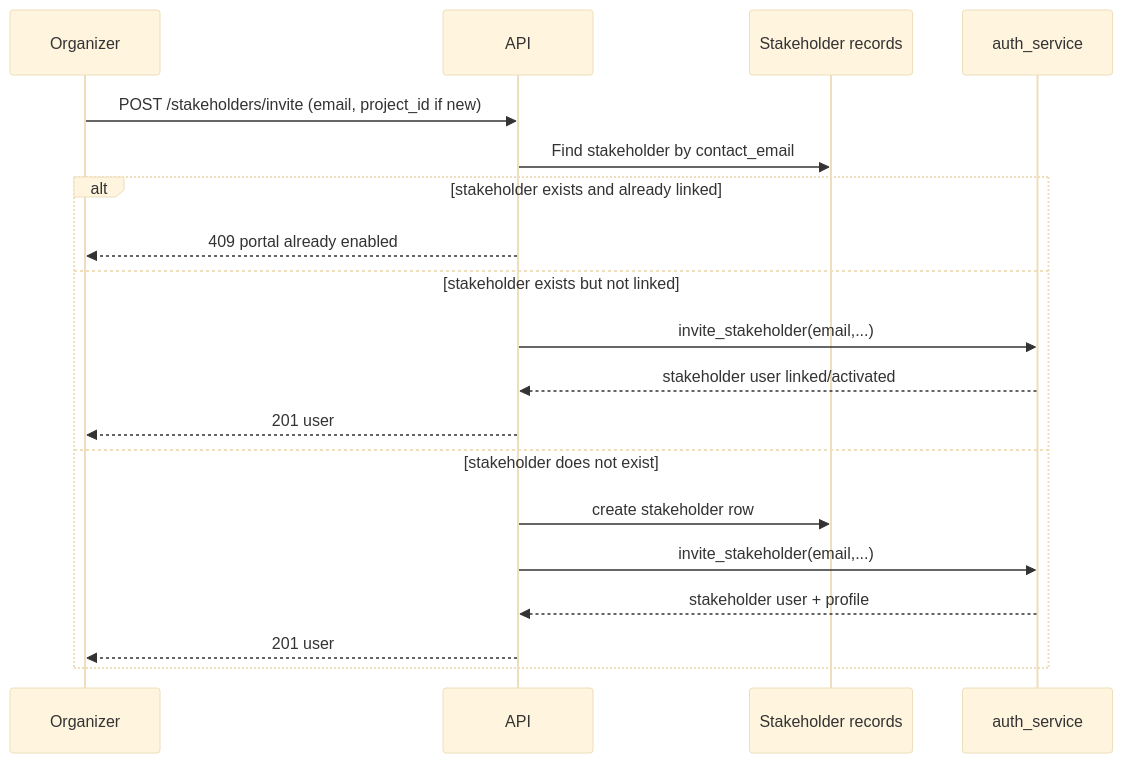
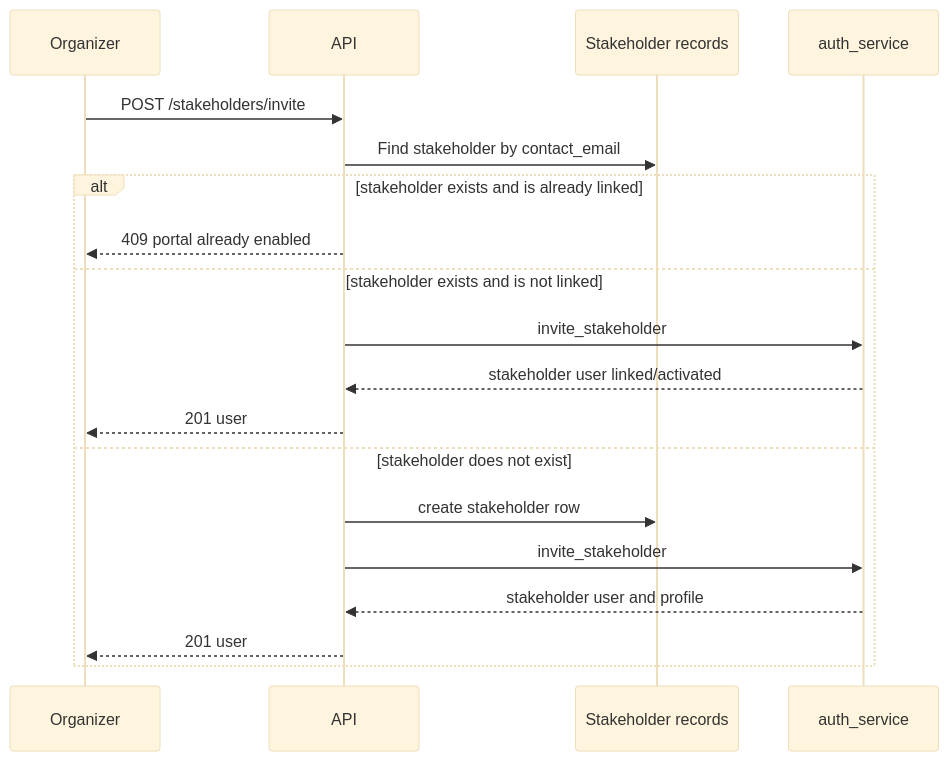
The sixth of 9 diagrams in API_WORKFLOWS.md (BradyTun/Let-s-Tech-Project-Planning-App), drawn with Mermaid (base theme) before and after one commit. The commit also changed other lines of this file and 2 other files, not shown here.

Commit message:
refactor(api): rename project endpoints to epic endpoints

````diff
--- a/API_WORKFLOWS.md
+++ b/API_WORKFLOWS.md
@@ -155,22 +155,22 @@
 ```mermaid
 sequenceDiagram
     participant O as Organizer
     participant API as API
     participant DB as Stakeholder records
     participant AUTH as auth_service
 
-    O->>API: POST /stakeholders/invite (email, project_id if new)
+    O->>API: POST /stakeholders/invite
     API->>DB: Find stakeholder by contact_email
-    alt stakeholder exists and already linked
+    alt stakeholder exists and is already linked
         API-->>O: 409 portal already enabled
-    else stakeholder exists but not linked
-        API->>AUTH: invite_stakeholder(email,...)
+    else stakeholder exists and is not linked
+        API->>AUTH: invite_stakeholder
         AUTH-->>API: stakeholder user linked/activated
         API-->>O: 201 user
     else stakeholder does not exist
         API->>DB: create stakeholder row
-        API->>AUTH: invite_stakeholder(email,...)
-        AUTH-->>API: stakeholder user + profile
+        API->>AUTH: invite_stakeholder
+        AUTH-->>API: stakeholder user and profile
         API-->>O: 201 user
     end
 ```
````
